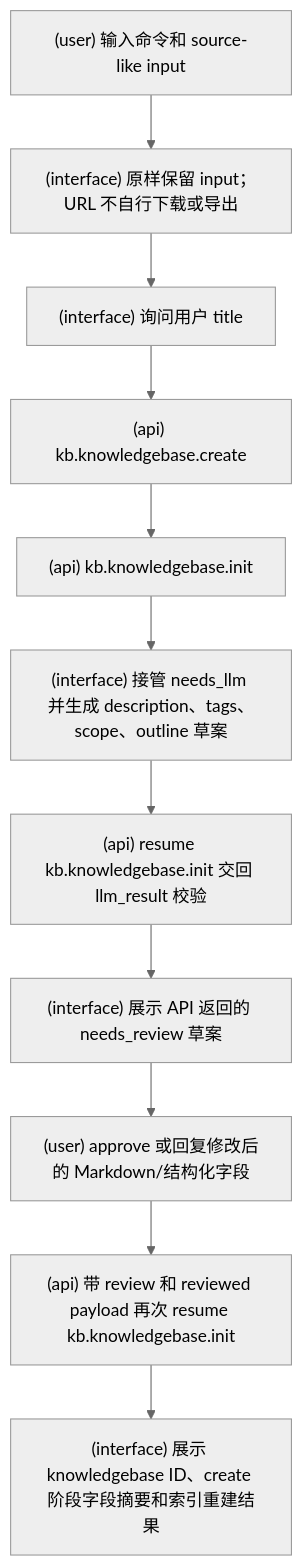
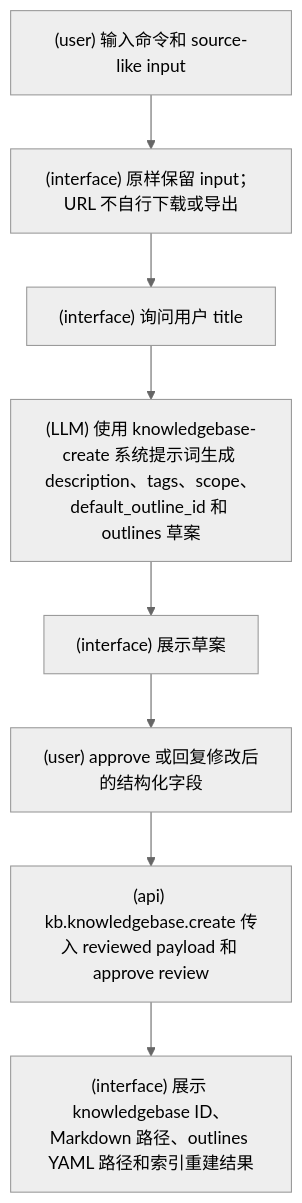
Before and after one commit to srangerme/KBManager: the fifth of 19 diagrams in docs/SlashCommand流程图.md, drawn with Mermaid (neutral theme). The commit also changed other lines of this file and 13 other files, not shown here.

````diff
--- a/docs/SlashCommand流程图.md
+++ b/docs/SlashCommand流程图.md
@@ -94,13 +95,10 @@
 ```mermaid
 flowchart TD
   A["(user) 输入命令和 source-like input"] --> B["(interface) 原样保留 input；URL 不自行下载或导出"]
   B --> C["(interface) 询问用户 title"]
-  C --> D["(api) kb.knowledgebase.create"]
-  D --> E["(api) kb.knowledgebase.init"]
-  E --> F["(interface) 接管 needs_llm 并生成 description、tags、scope、outline 草案"]
-  F --> G["(api) resume kb.knowledgebase.init 交回 llm_result 校验"]
-  G --> H["(interface) 展示 API 返回的 needs_review 草案"]
-  H --> I["(user) approve 或回复修改后的 Markdown/结构化字段"]
-  I --> J["(api) 带 review 和 reviewed payload 再次 resume kb.knowledgebase.init"]
-  J --> K["(interface) 展示 knowledgebase ID、create 阶段字段摘要和索引重建结果"]
+  C --> D["(LLM) 使用 knowledgebase-create 系统提示词生成 description、tags、scope、default_outline_id 和 outlines 草案"]
+  D --> E["(interface) 展示草案"]
+  E --> F["(user) approve 或回复修改后的结构化字段"]
+  F --> G["(api) kb.knowledgebase.create 传入 reviewed payload 和 approve review"]
+  G --> H["(interface) 展示 knowledgebase ID、Markdown 路径、outlines YAML 路径和索引重建结果"]
 ```
````
